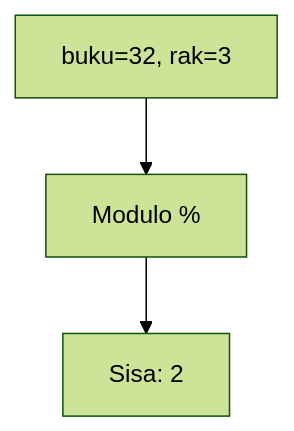
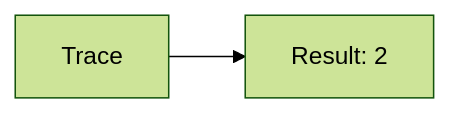
Before and after one commit to amnahwaida/OSNK_INF_PREP: diagram 20 of 25 in part-c-pemahaman-cpp/01-tipe-data/latihan/set-01.md, drawn with Mermaid (forest theme). The commit also changed other lines of this file and 71 other files, not shown here.

````diff
--- a/part-c-pemahaman-cpp/01-tipe-data/latihan/set-01.md
+++ b/part-c-pemahaman-cpp/01-tipe-data/latihan/set-01.md
@@ -565,5 +421,4 @@
 ```mermaid
-graph TD
-A["buku=32, rak=3"] --> B["Modulo %"]
-B --> C["Sisa: 2"]
+graph LR
+A[Trace] --> B[Result: 2]
 ```
````
